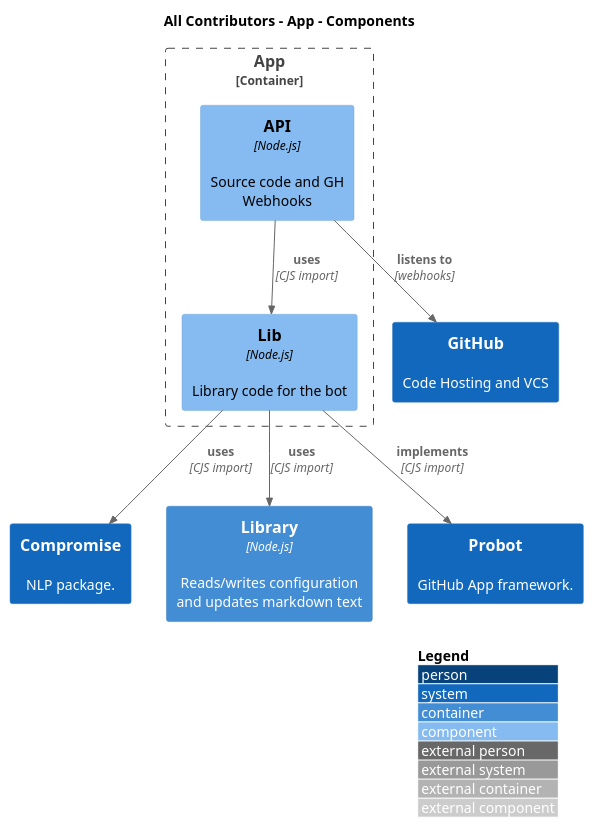
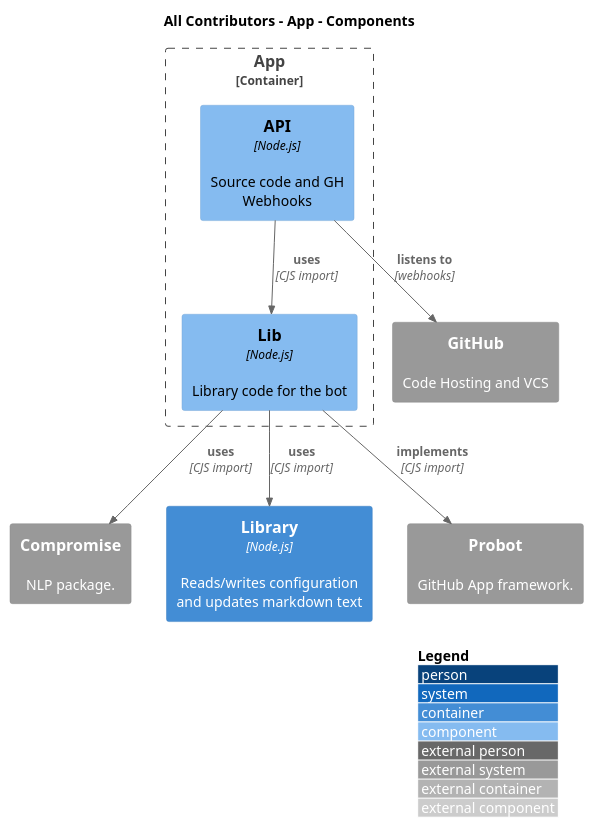
Before and after one commit to all-contributors/architecture: the diagram in diagrams/structurizr-62115-App_components.puml, drawn with PlantUML. The commit also changed 8 other files, not shown here.

```diff
--- a/diagrams/structurizr-62115-App_components.puml
+++ b/diagrams/structurizr-62115-App_components.puml
@@ -1,23 +1,23 @@
 @startuml(id=App_components)
 !includeurl https://raw.githubusercontent.com/plantuml-stdlib/C4-PlantUML/master/C4.puml
 !includeurl https://raw.githubusercontent.com/plantuml-stdlib/C4-PlantUML/master/C4_Context.puml
 !includeurl https://raw.githubusercontent.com/plantuml-stdlib/C4-PlantUML/master/C4_Container.puml
 !includeurl https://raw.githubusercontent.com/plantuml-stdlib/C4-PlantUML/master/C4_Component.puml
 LAYOUT_WITH_LEGEND()
 
 title All Contributors - App - Components
 
-System(32, "Compromise", "NLP package.")
-System(27, "GitHub", "Code Hosting and VCS")
-Container(18, "Library", "Node.js", "Reads/writes configuration and updates markdown text")
-System(31, "Probot", "GitHub App framework.")
-Container_Boundary(15_boundary, App) {
-  Component(16, "API", "Node.js", "Source code and GH Webhooks")
-  Component(17, "Lib", "Node.js", "Library code for the bot")
+System_Ext(compromise, "Compromise", "NLP package.")
+System_Ext(gh, "GitHub", "Code Hosting and VCS")
+Container(lib, "Library", "Node.js", "Reads/writes configuration and updates markdown text")
+System_Ext(probot, "Probot", "GitHub App framework.")
+Container_Boundary(app_boundary, App) {
+  Component(api, "API", "Node.js", "Source code and GH Webhooks")
+  Component(applib, "Lib", "Node.js", "Library code for the bot")
 }
-Rel_D(16, 27, "listens to", "webhooks")
-Rel_D(16, 17, "uses", "CJS import")
-Rel_D(17, 32, "uses", "CJS import")
-Rel_D(17, 18, "uses", "CJS import")
-Rel_D(17, 31, "implements", "CJS import")
+Rel_D(api, gh, "listens to", "webhooks")
+Rel_D(api, applib, "uses", "CJS import")
+Rel_D(applib, compromise, "uses", "CJS import")
+Rel_D(applib, lib, "uses", "CJS import")
+Rel_D(applib, probot, "implements", "CJS import")
 @enduml
```
